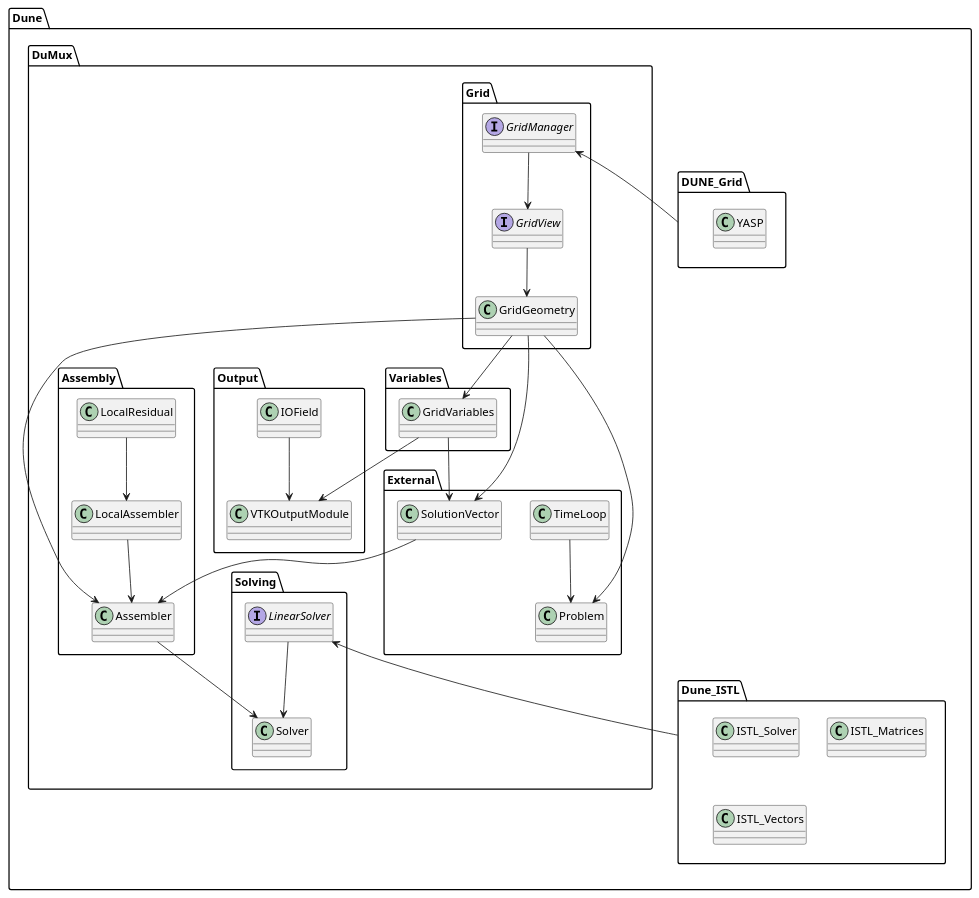
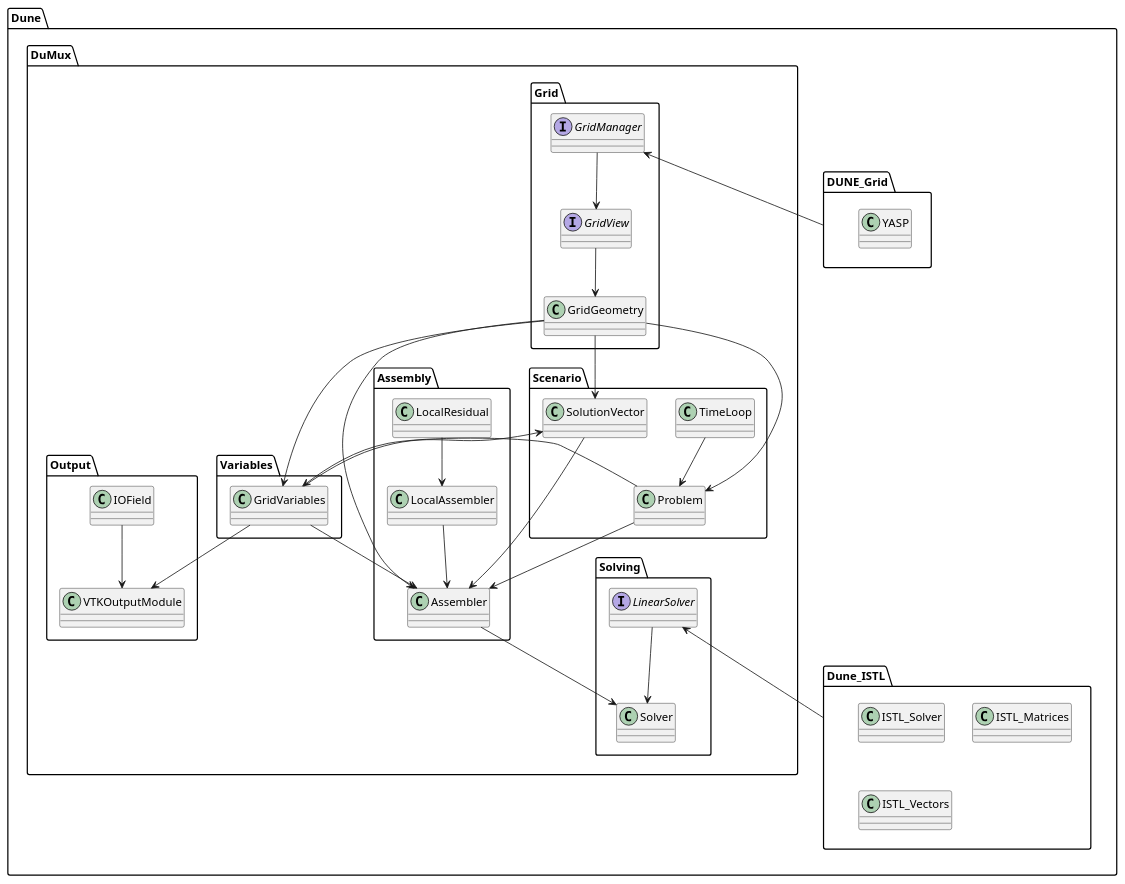
One commit to dumux/dumux changed the diagram in doc/doxygen/pages/HLDD.md. Above: the diagram before and after it, drawn with PlantUML.

Commit message:
Adjust Diagramm to new Group Names

````diff
--- a/doc/doxygen/pages/HLDD.md
+++ b/doc/doxygen/pages/HLDD.md
@@ -90,68 +90,71 @@
 ```plantuml
 top to bottom direction
 package "Dune" {
     package "Dune_ISTL"{
 class ISTL_Solver
 class ISTL_Matrices
 class ISTL_Vectors
 }
     package DUNE_Grid{
 class YASP
 }
 
 package "DuMux" {
     package "Grid" {
        interface GridManager{}
        interface GridView{}
        class GridGeometry{}
 
     }
     package "Variables" {
        class GridVariables{}
         
     }
-    package "External" {
+    package "Scenario" {
         class Problem{}
         class TimeLoop{}
         class SolutionVector{}
     }
     package "Assembly" {
         class Assembler{}
         class LocalAssembler{}
         class LocalResidual{}
         
     }
     package "Solving" {
         class Solver{}
         interface LinearSolver{}
     }
     package "Output" {
         class IOField{}
         class VTKOutputModule
 
     }
 }
 
 
 
 }
 
 LinearSolver <-- "Dune_ISTL"
 GridManager <-- "DUNE_Grid"
 GridManager --> GridView
 GridView --> GridGeometry
 GridGeometry --> Problem
 GridGeometry --> GridVariables
 GridGeometry --> Assembler
 GridGeometry --> SolutionVector
 TimeLoop --> Problem
 LinearSolver --> Solver 
 LocalResidual --> LocalAssembler
 LocalAssembler --> Assembler
 GridVariables --> VTKOutputModule
 GridVariables --> SolutionVector
 IOField --> VTKOutputModule
 Assembler --> Solver
 SolutionVector --> Assembler
+Problem --> GridVariables
+Problem --> Assembler
+GridVariables --> Assembler
 }
 ```
````
